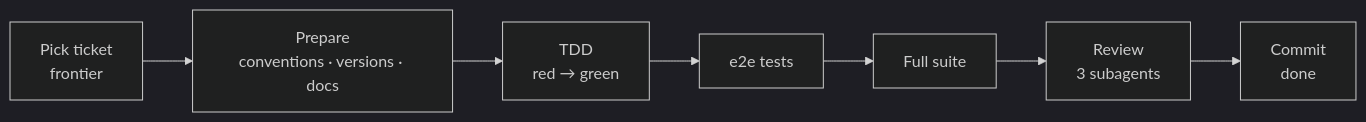
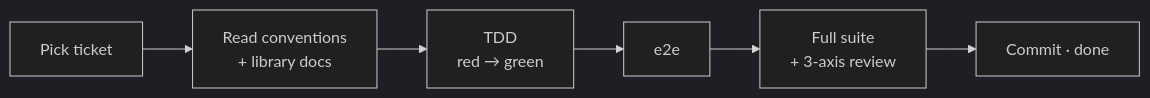
The fifth of 8 diagrams in docs/flow.md (mousemouse094526/kiki-kit), drawn with Mermaid (dark theme) before and after one commit. The commit also changed other lines of this file and 4 other files, not shown here.

First line of the commit message:
docs(flow): rewrite for the single upstream gate; trim build references

````diff
--- a/docs/flow.md
+++ b/docs/flow.md
@@ -175,12 +133,11 @@
 ```mermaid
 flowchart LR
-    P["Pick ticket<br/>frontier"]
-    CX["Prepare<br/>conventions · versions · docs"]
+    P["Pick ticket"]
+    CX["Read conventions<br/>+ library docs"]
     TDD["TDD<br/>red → green"]
-    E2E["e2e tests"]
-    FS["Full suite"]
-    RV["Review<br/>3 subagents"]
-    CM["Commit<br/>done"]
+    E2E["e2e"]
+    RV["Full suite<br/>+ 3-axis review"]
+    CM["Commit · done"]
 
-    P --> CX --> TDD --> E2E --> FS --> RV --> CM
+    P --> CX --> TDD --> E2E --> RV --> CM
 ```
````
